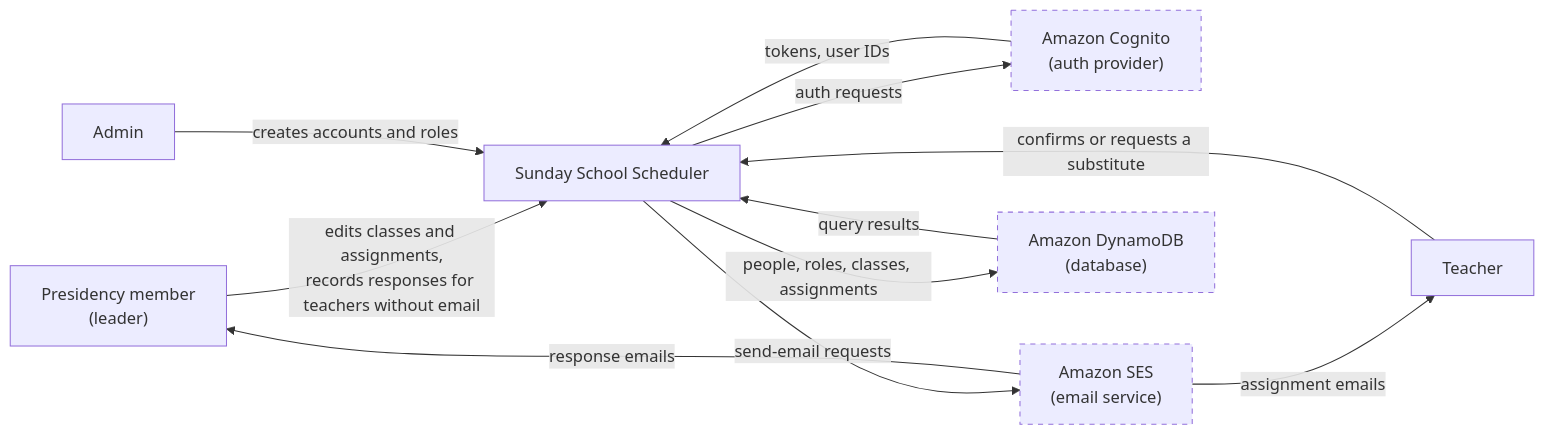
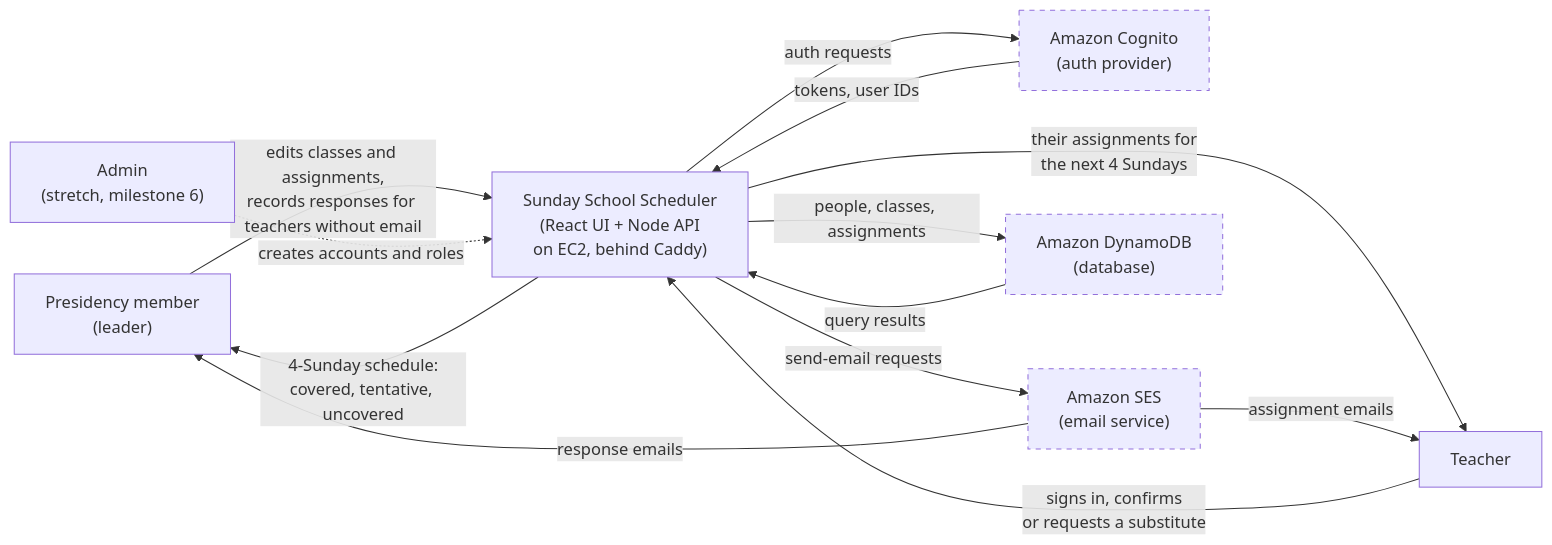
One commit to Sunday-School-Software/Sunday-School-Scheduler changed the first of 4 diagrams in docs/design.md. Above: the diagram before and after it, drawn with Mermaid. The commit also changed other lines of this file, not shown here.

First line of the commit message:
Move services to a Node backend on EC2 and fix review gaps

````diff
--- a/docs/design.md
+++ b/docs/design.md
@@ -49,24 +50,26 @@
 ```mermaid
 flowchart LR
     leader["Presidency member<br/>(leader)"]
     teacher["Teacher"]
-    admin["Admin"]
-    app["Sunday School Scheduler"]
+    app["Sunday School Scheduler<br/>(React UI + Node API<br/>on EC2, behind Caddy)"]
     cognito["Amazon Cognito<br/>(auth provider)"]
     ses["Amazon SES<br/>(email service)"]
     db["Amazon DynamoDB<br/>(database)"]
 
     leader -->|"edits classes and assignments,<br/>records responses for teachers without email"| app
-    teacher -->|"confirms or requests a substitute"| app
-    admin -->|"creates accounts and roles"| app
+    app -->|"4-Sunday schedule:<br/>covered, tentative, uncovered"| leader
+    teacher -->|"signs in, confirms<br/>or requests a substitute"| app
+    app -->|"their assignments for<br/>the next 4 Sundays"| teacher
+    admin["Admin<br/>(stretch, milestone 6)"]
+    admin -.->|"creates accounts and roles"| app
     app -->|"auth requests"| cognito
     cognito -->|"tokens, user IDs"| app
-    app -->|"people, roles, classes, assignments"| db
+    app -->|"people, classes, assignments"| db
     db -->|"query results"| app
     app -->|"send-email requests"| ses
     ses -->|"assignment emails"| teacher
     ses -->|"response emails"| leader
 
     classDef external stroke-dasharray: 5 5
     class cognito,ses,db external
 ```
````
